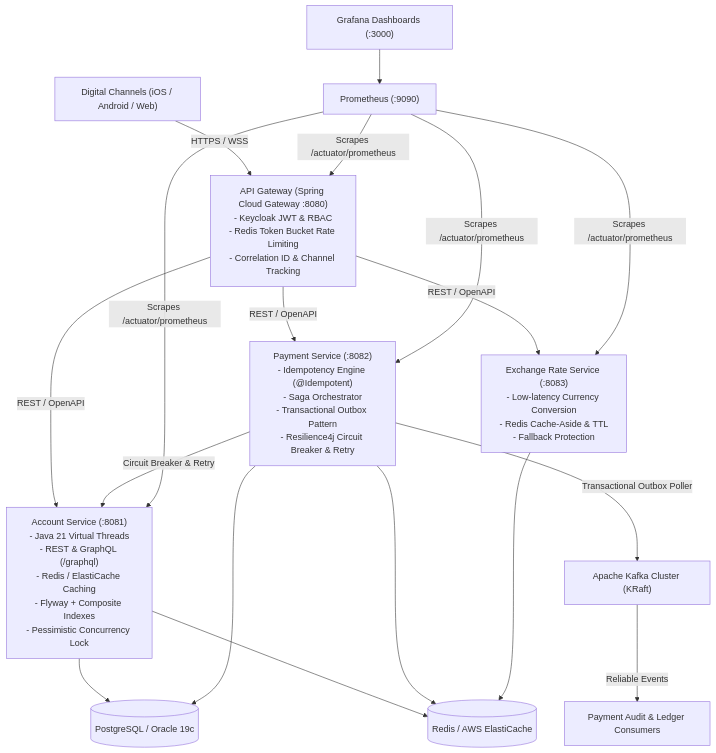
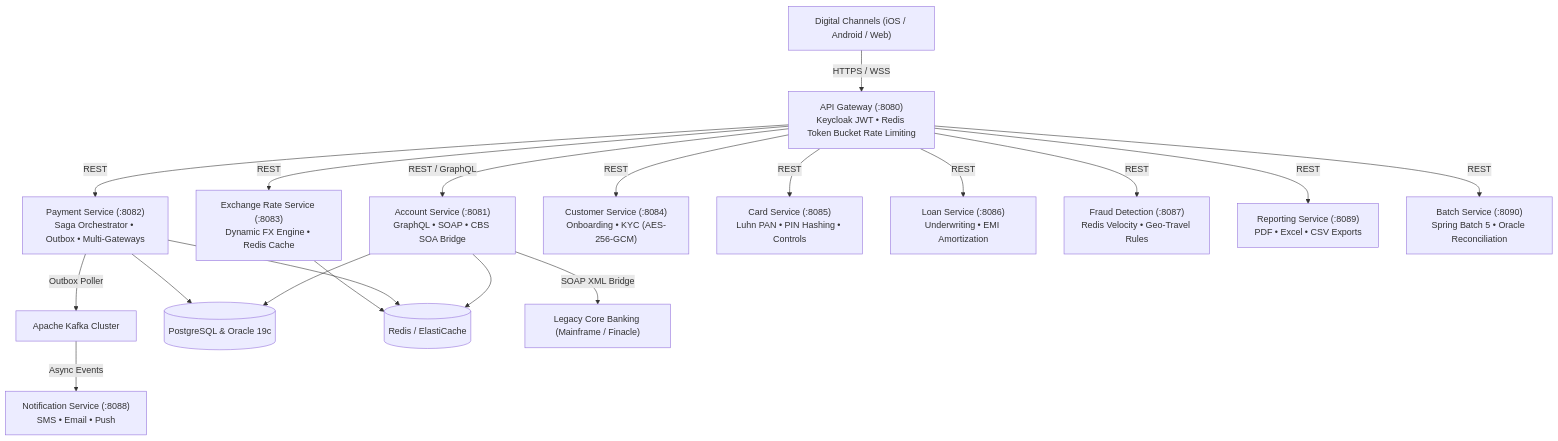
One commit to Aaseya120/FintechEnterprisePlatform changed the diagram in README.md. Above: the diagram before and after it, drawn with Mermaid. The commit also changed other lines of this file, not shown here.

````diff
--- a/README.md
+++ b/README.md
@@ -9,24 +16,25 @@
 ```mermaid
 graph TD
-    Client["Digital Channels (iOS / Android / Web)"] -->|HTTPS / WSS| APIGW["API Gateway (Spring Cloud Gateway :8080)<br/>- Keycloak JWT & RBAC<br/>- Redis Token Bucket Rate Limiting<br/>- Correlation ID & Channel Tracking"]
+    Client["Digital Channels (iOS / Android / Web)"] -->|HTTPS / WSS| APIGW["API Gateway (:8080)<br/>Keycloak JWT • Redis Token Bucket Rate Limiting"]
     
-    APIGW -->|REST / OpenAPI| AccountSvc["Account Service (:8081)<br/>- Java 21 Virtual Threads<br/>- REST & GraphQL (/graphql)<br/>- Redis / ElastiCache Caching<br/>- Flyway + Composite Indexes<br/>- Pessimistic Concurrency Lock"]
-    APIGW -->|REST / OpenAPI| PaymentSvc["Payment Service (:8082)<br/>- Idempotency Engine (@Idempotent)<br/>- Saga Orchestrator<br/>- Transactional Outbox Pattern<br/>- Resilience4j Circuit Breaker & Retry"]
-    APIGW -->|REST / OpenAPI| ForexSvc["Exchange Rate Service (:8083)<br/>- Low-latency Currency Conversion<br/>- Redis Cache-Aside & TTL<br/>- Fallback Protection"]
+    APIGW -->|REST / GraphQL| Acc["Account Service (:8081)<br/>GraphQL • SOAP • CBS SOA Bridge"]
+    APIGW -->|REST| Pay["Payment Service (:8082)<br/>Saga Orchestrator • Outbox • Multi-Gateways"]
+    APIGW -->|REST| Fx["Exchange Rate Service (:8083)<br/>Dynamic FX Engine • Redis Cache"]
+    APIGW -->|REST| Cust["Customer Service (:8084)<br/>Onboarding • KYC (AES-256-GCM)"]
+    APIGW -->|REST| Card["Card Service (:8085)<br/>Luhn PAN • PIN Hashing • Controls"]
+    APIGW -->|REST| Loan["Loan Service (:8086)<br/>Underwriting • EMI Amortization"]
+    APIGW -->|REST| Fraud["Fraud Detection (:8087)<br/>Redis Velocity • Geo-Travel Rules"]
+    APIGW -->|REST| Rep["Reporting Service (:8089)<br/>PDF • Excel • CSV Exports"]
+    APIGW -->|REST| Batch["Batch Service (:8090)<br/>Spring Batch 5 • Oracle Reconciliation"]
 
-    PaymentSvc -->|Circuit Breaker & Retry| AccountSvc
-    PaymentSvc -->|Transactional Outbox Poller| Kafka["Apache Kafka Cluster (KRaft)"]
-    Kafka -->|Reliable Events| PaymentConsumer["Payment Audit & Ledger Consumers"]
+    Pay -->|Outbox Poller| Kafka["Apache Kafka Cluster"]
+    Kafka -->|Async Events| Notif["Notification Service (:8088)<br/>SMS • Email • Push"]
 
-    AccountSvc --> DB[(PostgreSQL / Oracle 19c)]
-    PaymentSvc --> DB
-    AccountSvc --> Redis[(Redis / AWS ElastiCache)]
-    PaymentSvc --> Redis
-    ForexSvc --> Redis
+    Acc --> DB[(PostgreSQL & Oracle 19c)]
+    Pay --> DB
+    Acc --> Redis[(Redis / ElastiCache)]
+    Pay --> Redis
+    Fx --> Redis
 
-    Prometheus["Prometheus (:9090)"] -->|Scrapes /actuator/prometheus| APIGW
-    Prometheus -->|Scrapes /actuator/prometheus| AccountSvc
-    Prometheus -->|Scrapes /actuator/prometheus| PaymentSvc
-    Prometheus -->|Scrapes /actuator/prometheus| ForexSvc
-    Grafana["Grafana Dashboards (:3000)"] --> Prometheus
+    Acc -->|SOAP XML Bridge| LegacyCBS["Legacy Core Banking (Mainframe / Finacle)"]
 ```
````
